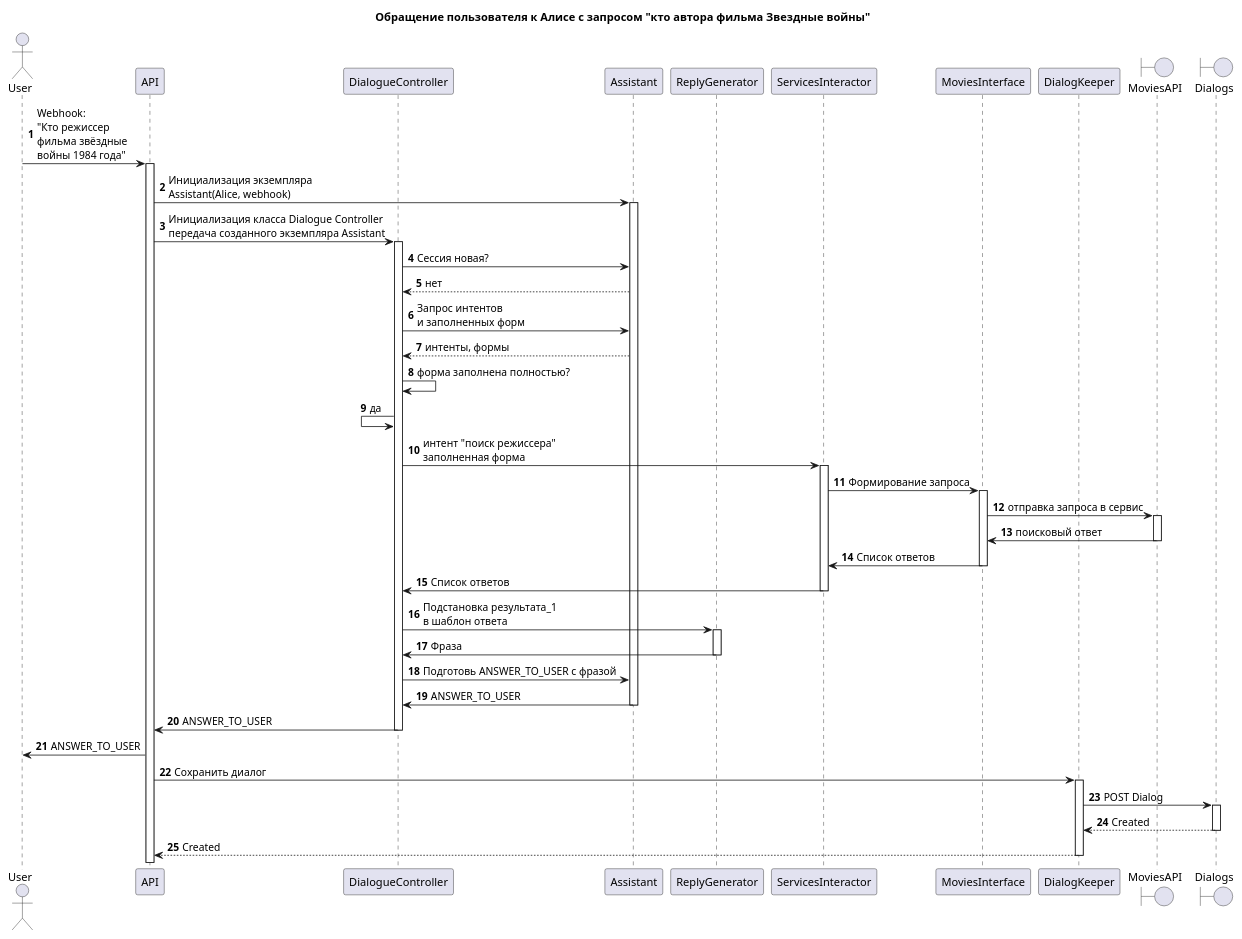
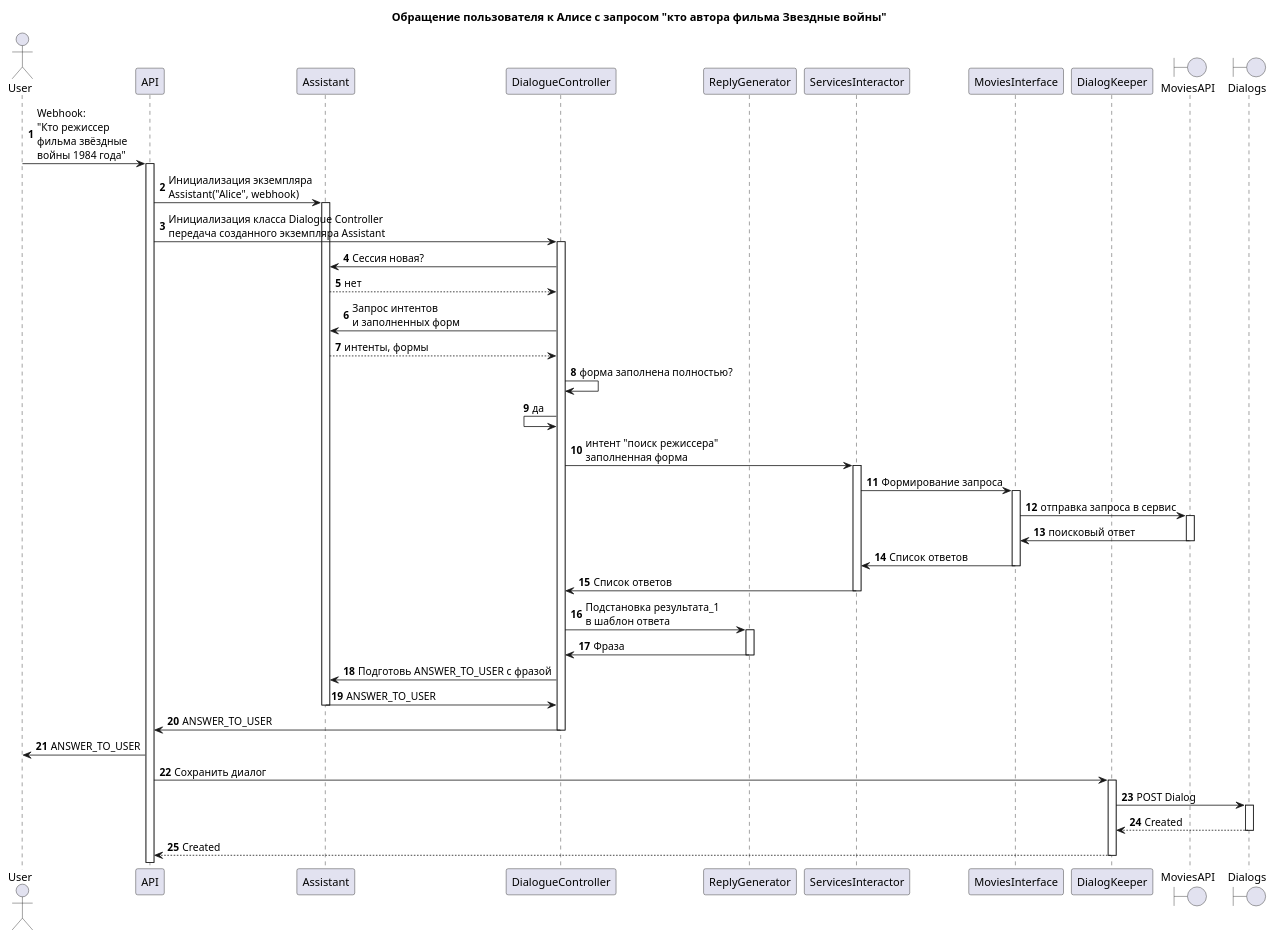
The diagram in services/assistant/docs/diagrams/src/user_search_request.puml (mkosinov/practicum_graduate_work), drawn with PlantUML before and after one commit. The commit also changed 4 other files, not shown here.

Commit message:
update schemas

```diff
--- a/services/assistant/docs/diagrams/src/user_search_request.puml
+++ b/services/assistant/docs/diagrams/src/user_search_request.puml
@@ -1,43 +1,43 @@
 @startuml "Обращение пользователя к Алисе с запросом на поиск"
 autonumber
 
 title Обращение пользователя к Алисе с запросом "кто автора фильма Звездные войны"
 actor User
 participant API
+participant Assistant
 participant DialogueController
-participant Assistant
 participant ReplyGenerator
 participant ServicesInteractor
 participant MoviesInterface
 participant DialogKeeper
 boundary MoviesAPI
 boundary Dialogs
 
 ' Начало процесса
 
 User -> API++: Webhook:\n"Кто режиссер\nфильма звёздные\nвойны 1984 года"
-API -> Assistant++: Инициализация экземпляра\nAssistant(Alice, webhook)
+API -> Assistant++: Инициализация экземпляра\nAssistant("Alice", webhook)
 API -> DialogueController++: Инициализация класса Dialogue Controller\nпередача созданного экземпляра Assistant
 DialogueController -> Assistant: Сессия новая?
 Assistant --> DialogueController: нет
 DialogueController -> Assistant: Запрос интентов\nи заполненных форм
 Assistant --> DialogueController: интенты, формы
 DialogueController -> DialogueController: форма заполнена полностью?
 DialogueController <- DialogueController: да
 DialogueController -> ServicesInteractor ++: интент "поиск режиссера"\nзаполненная форма
 ServicesInteractor -> MoviesInterface ++: Формирование запроса
 MoviesInterface -> MoviesAPI ++: отправка запроса в сервис
 MoviesAPI -> MoviesInterface --: поисковый ответ
 MoviesInterface -> ServicesInteractor --: Список ответов
 ServicesInteractor -> DialogueController --: Список ответов
 DialogueController -> ReplyGenerator ++: Подстановка результата_1\nв шаблон ответа
 ReplyGenerator -> DialogueController --: Фраза
 DialogueController -> Assistant: Подготовь ANSWER_TO_USER с фразой
 Assistant -> DialogueController --: ANSWER_TO_USER
 DialogueController -> API --: ANSWER_TO_USER
 API -> User: ANSWER_TO_USER
 API -> DialogKeeper ++: Сохранить диалог
 DialogKeeper -> Dialogs ++: POST Dialog
 Dialogs --> DialogKeeper --: Created
 DialogKeeper --> API --: Created
 @enduml
```
